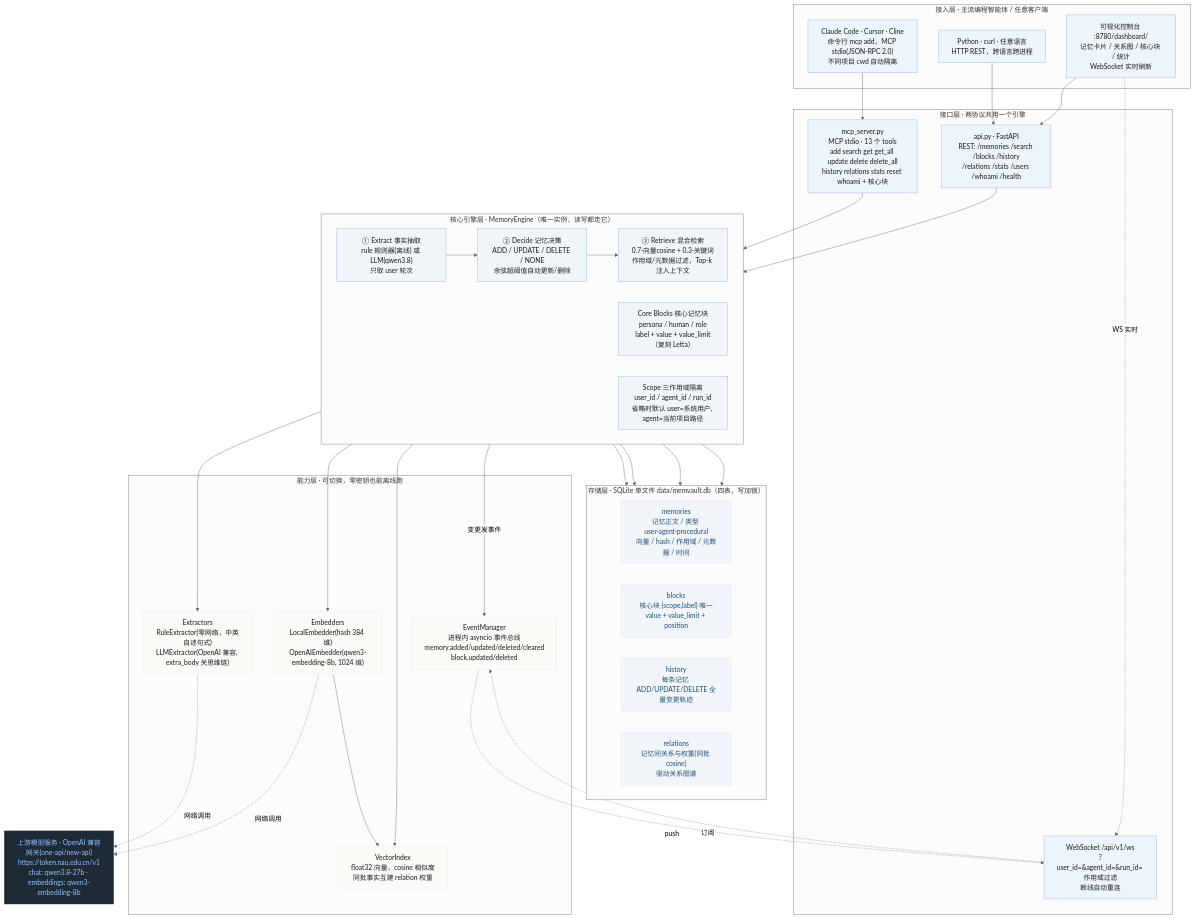
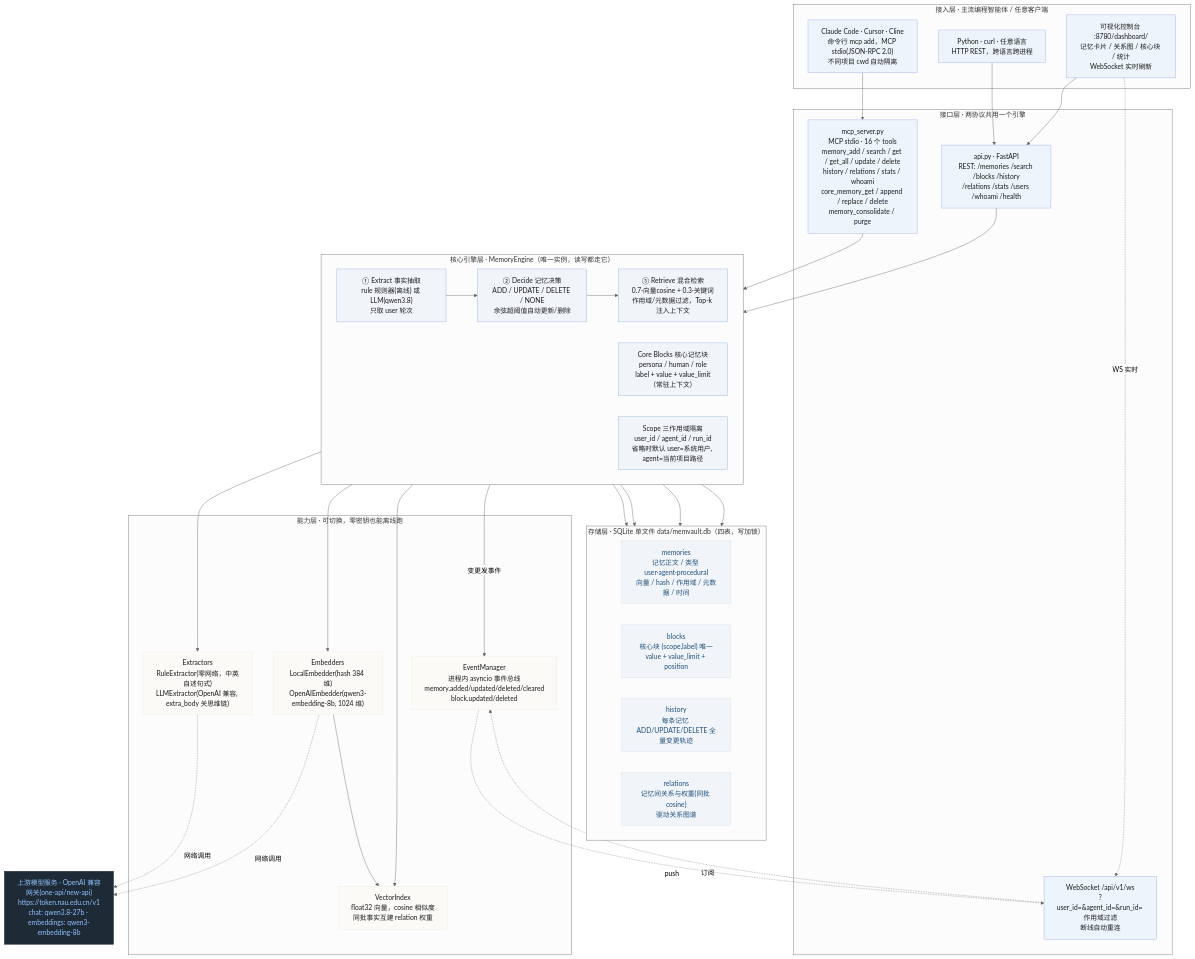
The diagram in docs/architecture_overview.mmd (zhang66633/memvault), drawn with Mermaid (neutral theme) before and after one commit. The commit also changed 18 other files, not shown here.

```diff
--- a/docs/architecture_overview.mmd
+++ b/docs/architecture_overview.mmd
@@ -1,73 +1,73 @@
-%% MemVault 全面图景 v0.3.0 —— Mem0 三阶段管线 + Letta 核心块，一个共享库
+%% MemVault 全面图景 v0.3.0 —— 抽取/判定/检索三阶段 + 常驻核心块，一个共享库
 flowchart TB
   subgraph L1["接入层 · 主流编程智能体 / 任意客户端"]
     CC["Claude Code · Cursor · Cline<br/>命令行 mcp add，MCP stdio(JSON-RPC 2.0)<br/>不同项目 cwd 自动隔离"]
     HTTP["Python · curl · 任意语言<br/>HTTP REST，跨语言跨进程"]
     DASH["可视化控制台 :8780/dashboard/<br/>记忆卡片 / 关系图 / 核心块 / 统计<br/>WebSocket 实时刷新"]
   end
 
   subgraph L2["接口层 · 两协议共用一个引擎"]
-    MCP["mcp_server.py<br/>MCP stdio · 13 个 tools<br/>add search get get_all update delete delete_all<br/>history relations stats reset whoami + 核心块"]
+    MCP["mcp_server.py<br/>MCP stdio · 16 个 tools<br/>memory_add / search / get / get_all / update / delete<br/>history / relations / stats / whoami<br/>core_memory_get / append / replace / delete<br/>memory_consolidate / purge"]
     API["api.py · FastAPI<br/>REST: /memories /search /blocks /history<br/>/relations /stats /users /whoami /health"]
     WS["WebSocket /api/v1/ws<br/>?user_id=&agent_id=&run_id= 作用域过滤<br/>断线自动重连"]
   end
 
   subgraph ENG["核心引擎层 · MemoryEngine（唯一实例，读写都走它）"]
     direction LR
     EX["① Extract 事实抽取<br/>rule 规则器(离线) 或 LLM(qwen3.8)<br/>只取 user 轮次"]
     DE["② Decide 记忆决策<br/>ADD / UPDATE / DELETE / NONE<br/>余弦超阈值自动更新/删除"]
     RET["③ Retrieve 混合检索<br/>0.7·向量cosine + 0.3·关键词<br/>作用域/元数据过滤，Top-k 注入上下文"]
-    CB["Core Blocks 核心记忆块<br/>persona / human / role<br/>label + value + value_limit（复刻 Letta）"]
+    CB["Core Blocks 核心记忆块<br/>persona / human / role<br/>label + value + value_limit（常驻上下文）"]
     SCO["Scope 三作用域隔离<br/>user_id / agent_id / run_id<br/>省略时默认 user=系统用户, agent=当前项目路径"]
     EX --> DE --> RET
   end
 
   subgraph L4["能力层 · 可切换，零密钥也能离线跑"]
     RX["Extractors<br/>RuleExtractor(零网络，中英自述句式)<br/>LLMExtractor(OpenAI 兼容, extra_body 关思维链)"]
     EMB["Embedders<br/>LocalEmbedder(hash 384 维)<br/>OpenAIEmbedder(qwen3-embedding-8b, 1024 维)"]
     VIX["VectorIndex<br/>float32 向量，cosine 相似度<br/>同批事实互建 relation 权重"]
     EV["EventManager<br/>进程内 asyncio 事件总线<br/>memory.added/updated/deleted/cleared<br/>block.updated/deleted"]
   end
 
   GW["上游模型服务 · OpenAI 兼容网关(one-api/new-api)<br/>https://token.nau.edu.cn/v1<br/>chat: qwen3.8-27b · embeddings: qwen3-embedding-8b"]
 
   subgraph DB["存储层 · SQLite 单文件 data/memvault.db（四表，写加锁）"]
     direction LR
     T1["memories<br/>记忆正文 / 类型 user·agent·procedural<br/>向量 / hash / 作用域 / 元数据 / 时间"]
     T2["blocks<br/>核心块 (scope,label) 唯一<br/>value + value_limit + position"]
     T3["history<br/>每条记忆 ADD/UPDATE/DELETE 全量变更轨迹"]
     T4["relations<br/>记忆间关系与权重(同批 cosine)<br/>驱动关系图谱"]
   end
 
   CC --> MCP
   HTTP --> API
   DASH --> API
   DASH -. WS 实时 .-> WS
   MCP --> ENG
   API --> ENG
   WS -. 订阅 .-> EV
 
   EX --> RX
   RET --> EMB
   RX -. 网络调用 .-> GW
   EMB -. 网络调用 .-> GW
   EMB --> VIX
   RET --> VIX
 
   ENG --> T1
   ENG --> T2
   ENG --> T3
   ENG --> T4
   ENG -- 变更发事件 --> EV
   EV -. push .-> WS
 
   classDef iface fill:#eef4fb,stroke:#9eacea,color:#1a1b1c;
   classDef eng fill:#f1f5fa,stroke:#8fb4dc,color:#1a1b1c;
   classDef cap fill:#fbfaf7,stroke:#eceae1,color:#1a1b1c;
   classDef gw fill:#1f2a37,stroke:#1f2a37,color:#8fc4ff;
   classDef dbt fill:#f1f5fa,stroke:#d6e2ef,color:#1f4e79;
   class CC,HTTP,DASH,MCP,API,WS iface;
   class EX,DE,RET,CB,SCO eng;
   class RX,EMB,VIX,EV cap;
   class GW gw;
   class T1,T2,T3,T4 dbt;
```
